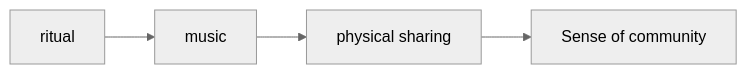
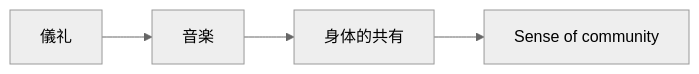
One commit to monumental-movement/monumental-movement.github.io changed the first of 4 diagrams in en/_posts/2026-01-31-column-how-music-shapes-identity.md. Above: the diagram before and after it, drawn with Mermaid (neutral theme). The commit also changed other lines of this file and 2196 other files, not shown here.

```diff
--- a/en/_posts/2026-01-31-column-how-music-shapes-identity.md
+++ b/en/_posts/2026-01-31-column-how-music-shapes-identity.md
@@ -53,6 +53,6 @@
 <div class="mermaid">
 flowchart LR
-A["ritual"] --> B["music"]
-B --> C["physical sharing"]
+A["儀礼"] --> B["音楽"]
+B --> C["身体的共有"]
 C --> D["Sense of community"]
 </div>
```
